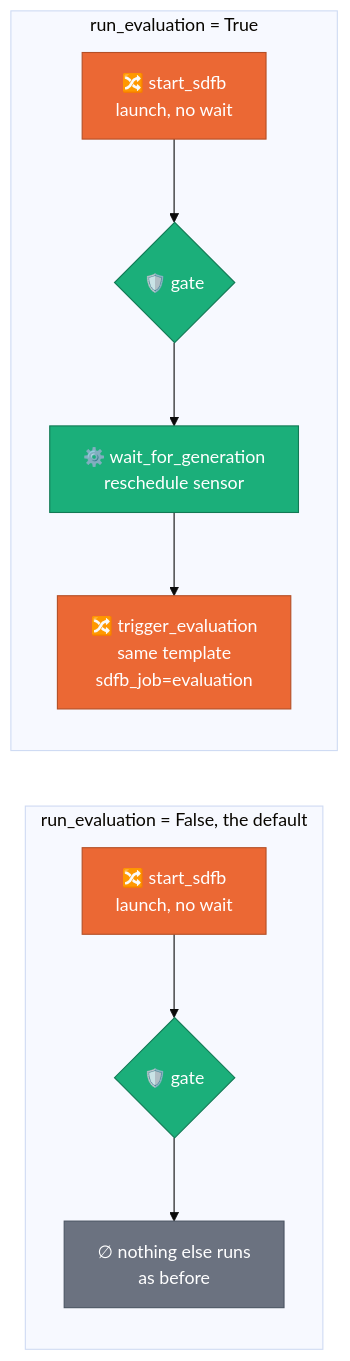
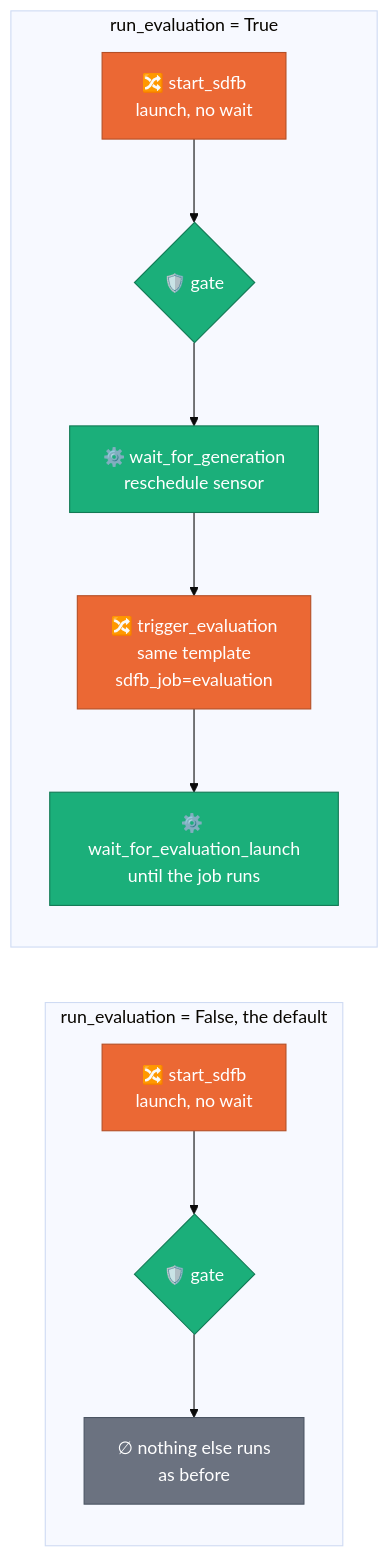
Before and after one commit to albertols/synthetic-llm-dataflow-bigquery: the third of 3 diagrams in docs/adr/0041-evaluation-standalone-package.md, drawn with Mermaid (base theme). The commit also changed other lines of this file and 7 other files, not shown here.

````diff
--- a/docs/adr/0041-evaluation-standalone-package.md
+++ b/docs/adr/0041-evaluation-standalone-package.md
@@ -309,15 +309,16 @@
 ```mermaid
 flowchart LR
   classDef beam  fill:#eb6834,color:#fff,stroke:#b44f26
   classDef cpu   fill:#1baf7a,color:#fff,stroke:#127a55
   classDef data  fill:#6b7280,color:#fff,stroke:#4b5563
 
   subgraph OFF["run_evaluation = False, the default"]
     S1["🔀 start_sdfb<br/>launch, no wait"]:::beam --> G1{"🛡️ gate"}:::cpu --> X1["∅ nothing else runs<br/>as before"]:::data
   end
   subgraph ON["run_evaluation = True"]
     S2["🔀 start_sdfb<br/>launch, no wait"]:::beam --> G2{"🛡️ gate"}:::cpu
     G2 --> W["⚙️ wait_for_generation<br/>reschedule sensor"]:::cpu
     W --> T["🔀 trigger_evaluation<br/>same template<br/>sdfb_job=evaluation"]:::beam
+    T --> L["⚙️ wait_for_evaluation_launch<br/>until the job runs"]:::cpu
   end
 ```
````
